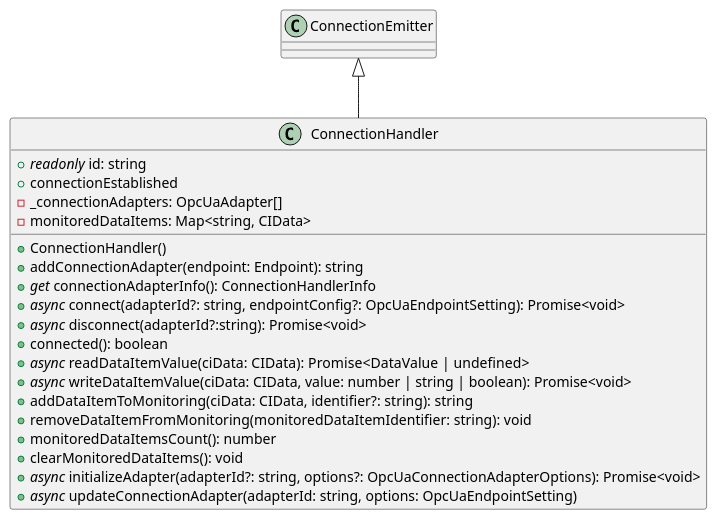
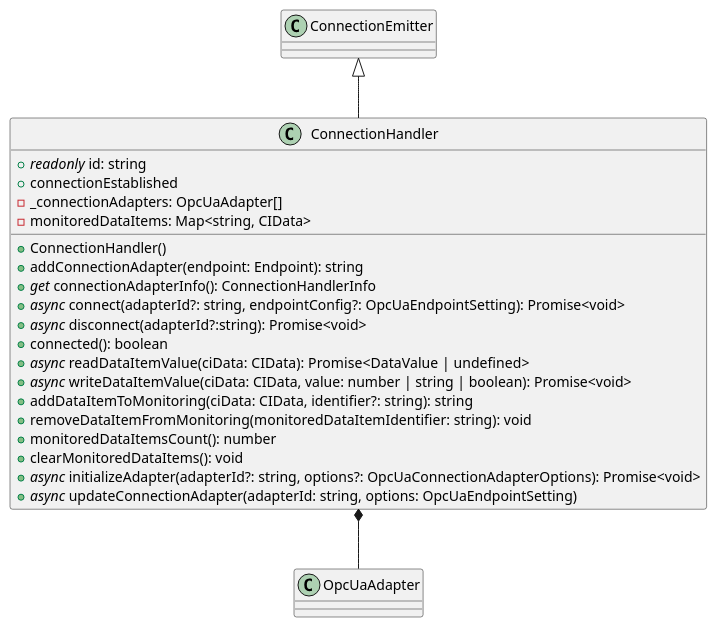
The diagram in src/modularPlantManager/pea/connectionHandler/ConnectionHandler.puml (p2o-lab/polaris-backend), drawn with PlantUML before and after one commit.

Commit message:
updated puml (connectionHandler)

```diff
--- a/src/modularPlantManager/pea/connectionHandler/ConnectionHandler.puml
+++ b/src/modularPlantManager/pea/connectionHandler/ConnectionHandler.puml
@@ -26,29 +26,31 @@
 @startuml
 'https://plantuml.com/class-diagram
 
 class ConnectionHandler{
 
     + //readonly// id: string
     + connectionEstablished
     - _connectionAdapters: OpcUaAdapter[]
     - monitoredDataItems: Map<string, CIData>
 
     + ConnectionHandler()
     + addConnectionAdapter(endpoint: Endpoint): string
     + //get// connectionAdapterInfo(): ConnectionHandlerInfo
     + //async// connect(adapterId?: string, endpointConfig?: OpcUaEndpointSetting): Promise<void>
     + //async// disconnect(adapterId?:string): Promise<void>
     + connected(): boolean
     + //async// readDataItemValue(ciData: CIData):  Promise<DataValue | undefined>
     + //async// writeDataItemValue(ciData: CIData, value: number | string | boolean): Promise<void>
     + addDataItemToMonitoring(ciData: CIData, identifier?: string): string
     + removeDataItemFromMonitoring(monitoredDataItemIdentifier: string): void
     + monitoredDataItemsCount(): number
     + clearMonitoredDataItems(): void
     + //async// initializeAdapter(adapterId?: string, options?: OpcUaConnectionAdapterOptions): Promise<void>
     + //async// updateConnectionAdapter(adapterId: string, options: OpcUaEndpointSetting)
 
 }
+
+ConnectionHandler *-- OpcUaAdapter
 ConnectionEmitter <|-- ConnectionHandler
 
 @enduml
```
